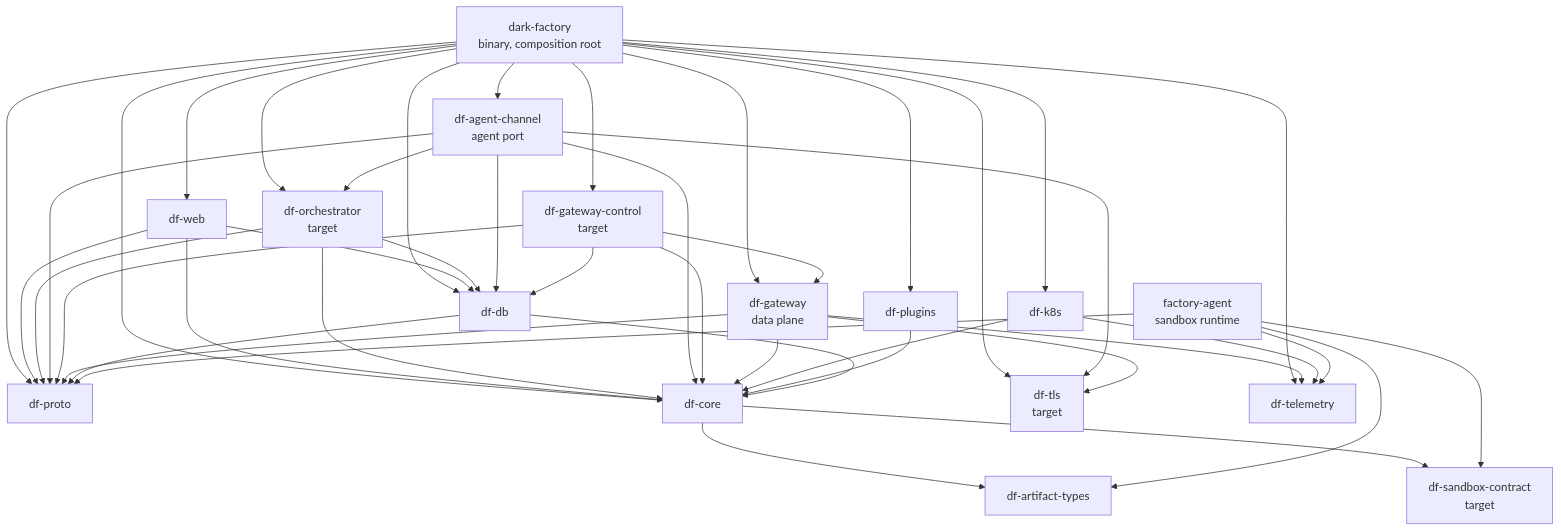
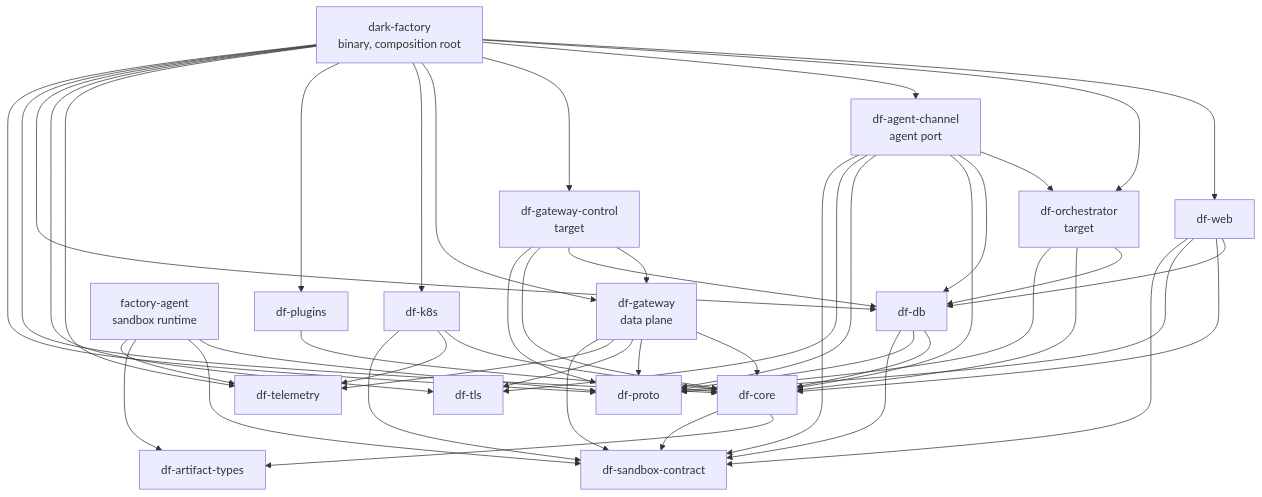
The diagram in docs/architecture.md (prskr/dark-factory), drawn with Mermaid before and after one commit. The commit also changed other lines of this file and 83 other files, not shown here.

First line of the commit message:
refactor: extract df-sandbox-contract and df-tls crates

````diff
--- a/docs/architecture.md
+++ b/docs/architecture.md
@@ -9,31 +9,31 @@
 ```mermaid
 flowchart TD
     bin[dark-factory<br/>binary, composition root]
     web[df-web]
     orch[df-orchestrator<br/>target]
     chan[df-agent-channel<br/>agent port]
     gwc[df-gateway-control<br/>target]
     gw[df-gateway<br/>data plane]
     k8s[df-k8s]
     plug[df-plugins]
     db[df-db]
     proto[df-proto]
     core[df-core]
-    tls[df-tls<br/>target]
+    tls[df-tls]
     tel[df-telemetry]
-    sbx[df-sandbox-contract<br/>target]
+    sbx[df-sandbox-contract]
     art[df-artifact-types]
     agent[factory-agent<br/>sandbox runtime]
 
     bin --> web & orch & chan & gwc & gw & k8s & plug & tel & tls & db & core & proto
-    web --> db & core & proto
+    web --> db & core & proto & sbx
     orch --> db & core & proto
-    chan --> orch & db & core & proto & tls
+    chan --> orch & db & core & proto & tls & sbx
     gwc --> gw & db & core & proto
-    gw --> core & proto & tls & tel
-    k8s --> core & tel
+    gw --> core & proto & tls & tel & sbx
+    k8s --> core & tel & sbx
     plug --> core
-    db --> core & proto
+    db --> core & proto & sbx
     core --> art & sbx
     agent --> proto & sbx & art & tel
 ```
````
